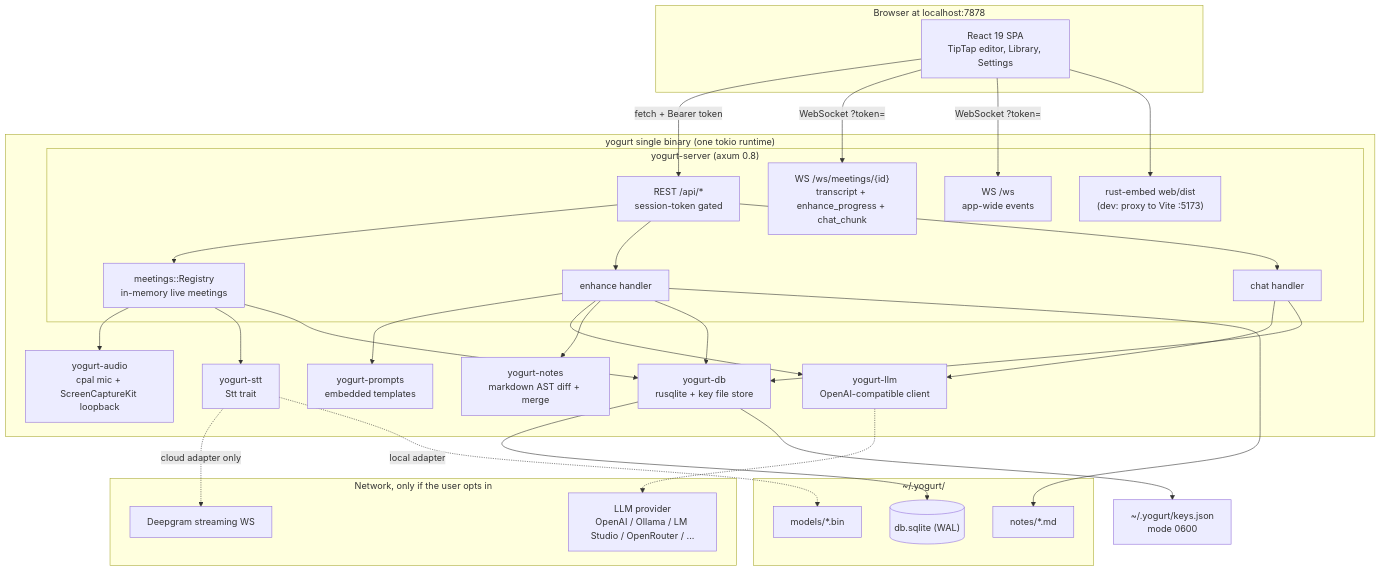
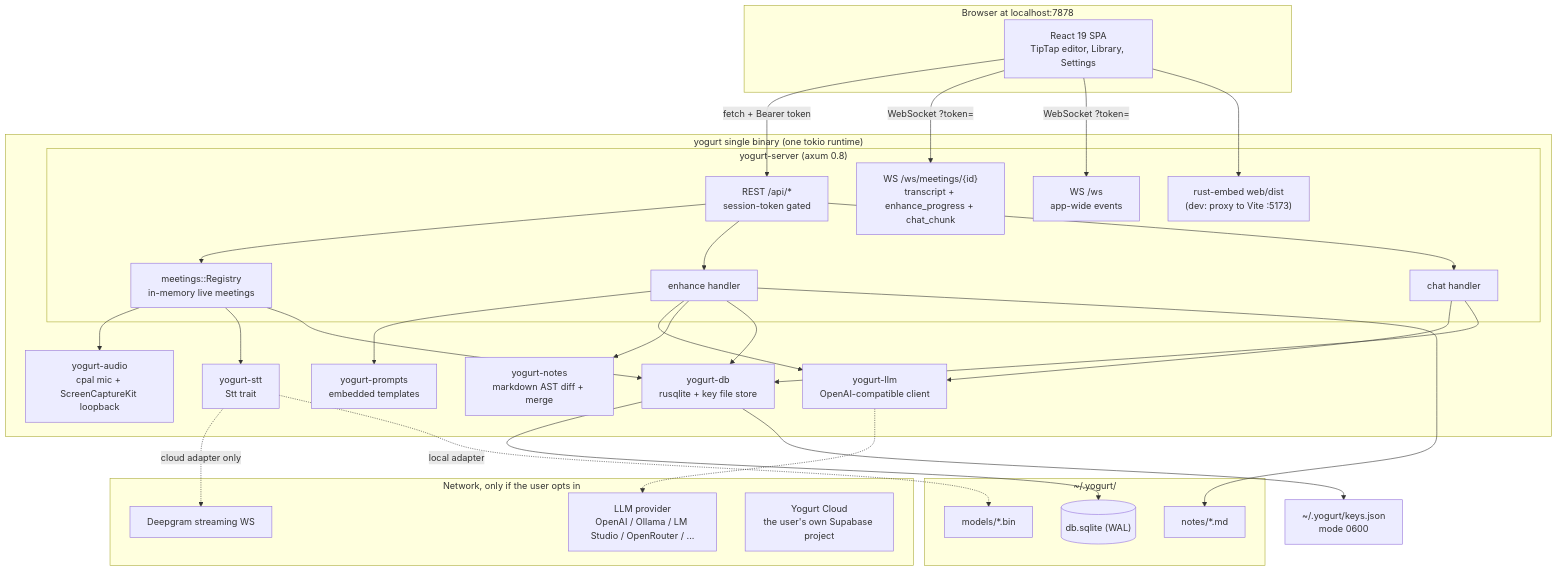
The first of 13 diagrams in docs/ARCHITECTURE.md (jarvisrchen/yogurt), drawn with Mermaid before and after one commit. The commit also changed other lines of this file and 61 other files, not shown here.

First line of the commit message:
SYNC-4: Connect a laptop to a Yogurt Cloud and push meetings (#154)

````diff
--- a/docs/ARCHITECTURE.md
+++ b/docs/ARCHITECTURE.md
@@ -63,62 +64,63 @@
 ```mermaid
 graph TB
     subgraph Browser["Browser at localhost:7878"]
         SPA["React 19 SPA<br/>TipTap editor, Library, Settings"]
     end
 
     subgraph Proc["yogurt single binary (one tokio runtime)"]
         subgraph Web["yogurt-server (axum 0.8)"]
             REST["REST /api/*<br/>session-token gated"]
             WSM["WS /ws/meetings/{id}<br/>transcript + enhance_progress + chat_chunk"]
             WSA["WS /ws<br/>app-wide events"]
             ASSETS["rust-embed web/dist<br/>(dev: proxy to Vite :5173)"]
             REG["meetings::Registry<br/>in-memory live meetings"]
             ENH["enhance handler"]
             CHAT["chat handler"]
         end
 
         AUD["yogurt-audio<br/>cpal mic + ScreenCaptureKit loopback"]
         STT["yogurt-stt<br/>Stt trait"]
         NOTES["yogurt-notes<br/>markdown AST diff + merge"]
         PROMPTS["yogurt-prompts<br/>embedded templates"]
         LLM["yogurt-llm<br/>OpenAI-compatible client"]
         DB["yogurt-db<br/>rusqlite + key file store"]
     end
 
     subgraph Disk["~/.yogurt/"]
         SQLITE[("db.sqlite (WAL)")]
         NOTESDIR["notes/*.md"]
         MODELS["models/*.bin"]
     end
 
     subgraph Cloud["Network, only if the user opts in"]
         DG["Deepgram streaming WS"]
         PROV["LLM provider<br/>OpenAI / Ollama / LM Studio / OpenRouter / ..."]
+        YC["Yogurt Cloud<br/>the user's own Supabase project"]
     end
 
     KC["~/.yogurt/keys.json<br/>mode 0600"]
 
     SPA -->|"fetch + Bearer token"| REST
     SPA -->|"WebSocket ?token="| WSM
     SPA -->|"WebSocket ?token="| WSA
     SPA --> ASSETS
 
     REST --> REG
     REST --> ENH
     REST --> CHAT
     REG --> AUD
     REG --> STT
     STT -.->|"cloud adapter only"| DG
     ENH --> PROMPTS
     ENH --> LLM
     ENH --> NOTES
     CHAT --> LLM
     LLM -.-> PROV
     ENH --> DB
     CHAT --> DB
     REG --> DB
     DB --> SQLITE
     ENH --> NOTESDIR
     STT -.->|"local adapter"| MODELS
     DB --> KC
 ```
````
